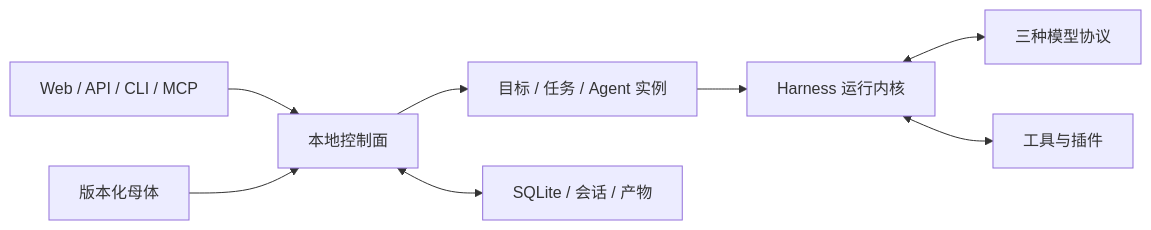
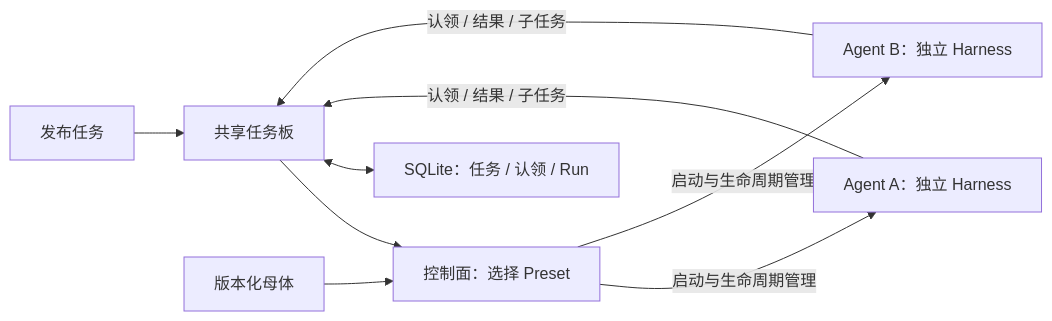
The diagram in README.zh-CN.md (NeoPanic/harness3), drawn with Mermaid before and after one commit. The commit also changed other lines of this file and 39 other files, not shown here.

````diff
--- a/README.zh-CN.md
+++ b/README.zh-CN.md
@@ -77,10 +78,11 @@
 ```mermaid
 flowchart LR
-    Entry[Web / API / CLI / MCP] --> Control[本地控制面]
+    Entry[发布任务] --> Board[共享任务板]
+    Board --> Control[控制面：选择 Preset]
     Preset[版本化母体] --> Control
-    Control --> Team[目标 / 任务 / Agent 实例]
-    Team --> Runtime[Harness 运行内核]
-    Runtime <--> Models[三种模型协议]
-    Runtime <--> Plugins[工具与插件]
-    Control <--> State[SQLite / 会话 / 产物]
+    Control -->|启动与生命周期管理| A[Agent A：独立 Harness]
+    Control -->|启动与生命周期管理| B[Agent B：独立 Harness]
+    A -->|认领 / 结果 / 子任务| Board
+    B -->|认领 / 结果 / 子任务| Board
+    Board <--> State[SQLite：任务 / 认领 / Run]
 ```
````
